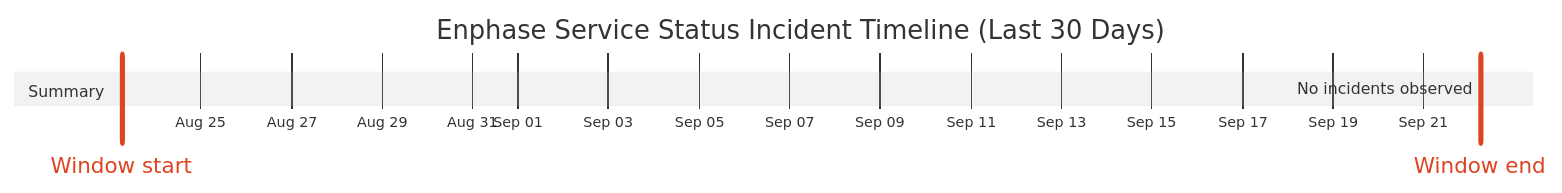
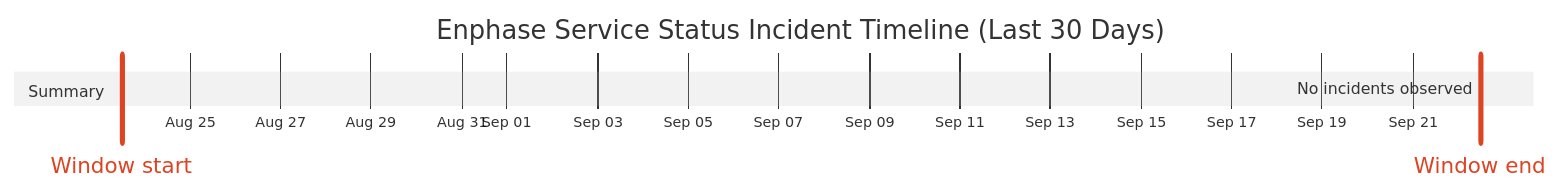
The diagram in wiki/Service-Status-History.md (barneyonline/ha-enphase-energy), drawn with Mermaid (neutral theme) before and after one commit. The commit also changed other lines of this file and 3 other files, not shown here.

````diff
--- a/wiki/Service-Status-History.md
+++ b/wiki/Service-Status-History.md
@@ -14,10 +14,10 @@
 ```mermaid
 gantt
     title Enphase Service Status Incident Timeline (Last 30 Days)
     dateFormat  YYYY-MM-DDTHH:mm:ss
     axisFormat  %b %d
-    Window start :vert, window-start, 2026-08-23T06:02:18, 0ms
-    Window end :vert, window-end, 2026-09-22T06:02:18, 0ms
+    Window start :vert, window-start, 2026-08-23T11:56:18, 0ms
+    Window end :vert, window-end, 2026-09-22T11:56:18, 0ms
     section Summary
-    No incidents observed :done, 2026-09-22T06:02:18, 1m
+    No incidents observed :done, 2026-09-22T11:56:18, 1m
 ```
````
